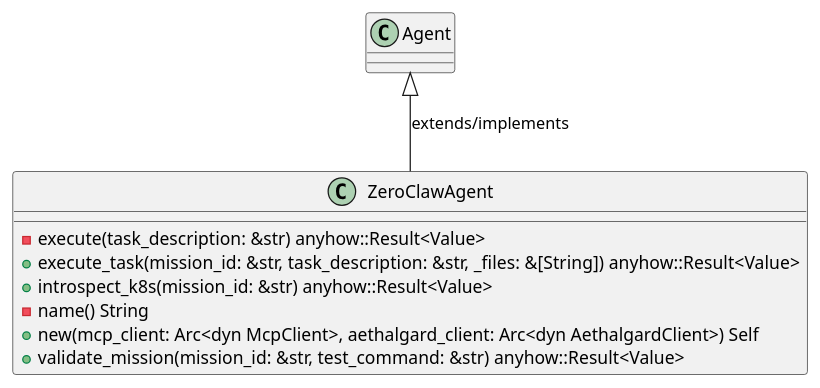
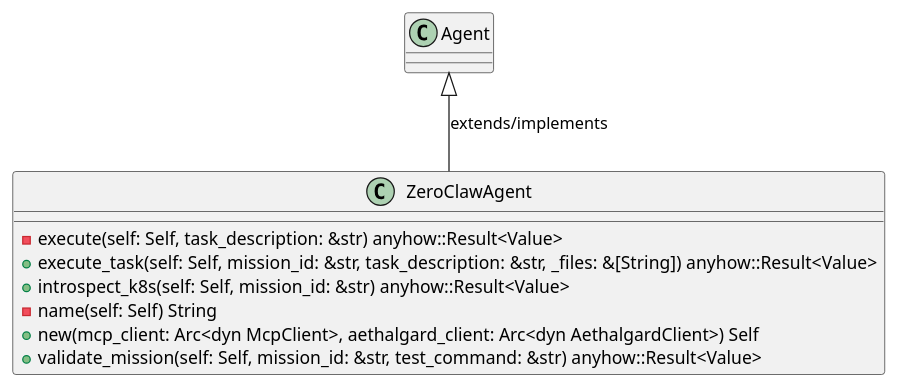
One commit to lgcorzo/rust_CACD_autonomous_factory changed the first of 6 diagrams in openwiki/crates_factory_application_src_agents_zeroclaw.md. Above: the diagram before and after it, drawn with PlantUML. The commit also changed other lines of this file and 95 other files, not shown here.

````diff
--- a/openwiki/crates_factory_application_src_agents_zeroclaw.md
+++ b/openwiki/crates_factory_application_src_agents_zeroclaw.md
@@ -169,14 +172,14 @@
 ```plantuml
 @startuml
 class ZeroClawAgent {
-    -execute(task_description: &str) anyhow::Result<Value>
-    +execute_task(mission_id: &str, task_description: &str, _files: &[String]) anyhow::Result<Value>
-    +introspect_k8s(mission_id: &str) anyhow::Result<Value>
-    -name() String
+    -execute(self: Self, task_description: &str) anyhow::Result<Value>
+    +execute_task(self: Self, mission_id: &str, task_description: &str, _files: &[String]) anyhow::Result<Value>
+    +introspect_k8s(self: Self, mission_id: &str) anyhow::Result<Value>
+    -name(self: Self) String
     +new(mcp_client: Arc<dyn McpClient>, aethalgard_client: Arc<dyn AethalgardClient>) Self
-    +validate_mission(mission_id: &str, test_command: &str) anyhow::Result<Value>
+    +validate_mission(self: Self, mission_id: &str, test_command: &str) anyhow::Result<Value>
 }
 Agent <|-- ZeroClawAgent : extends/implements
 @enduml
 
 ```
````
